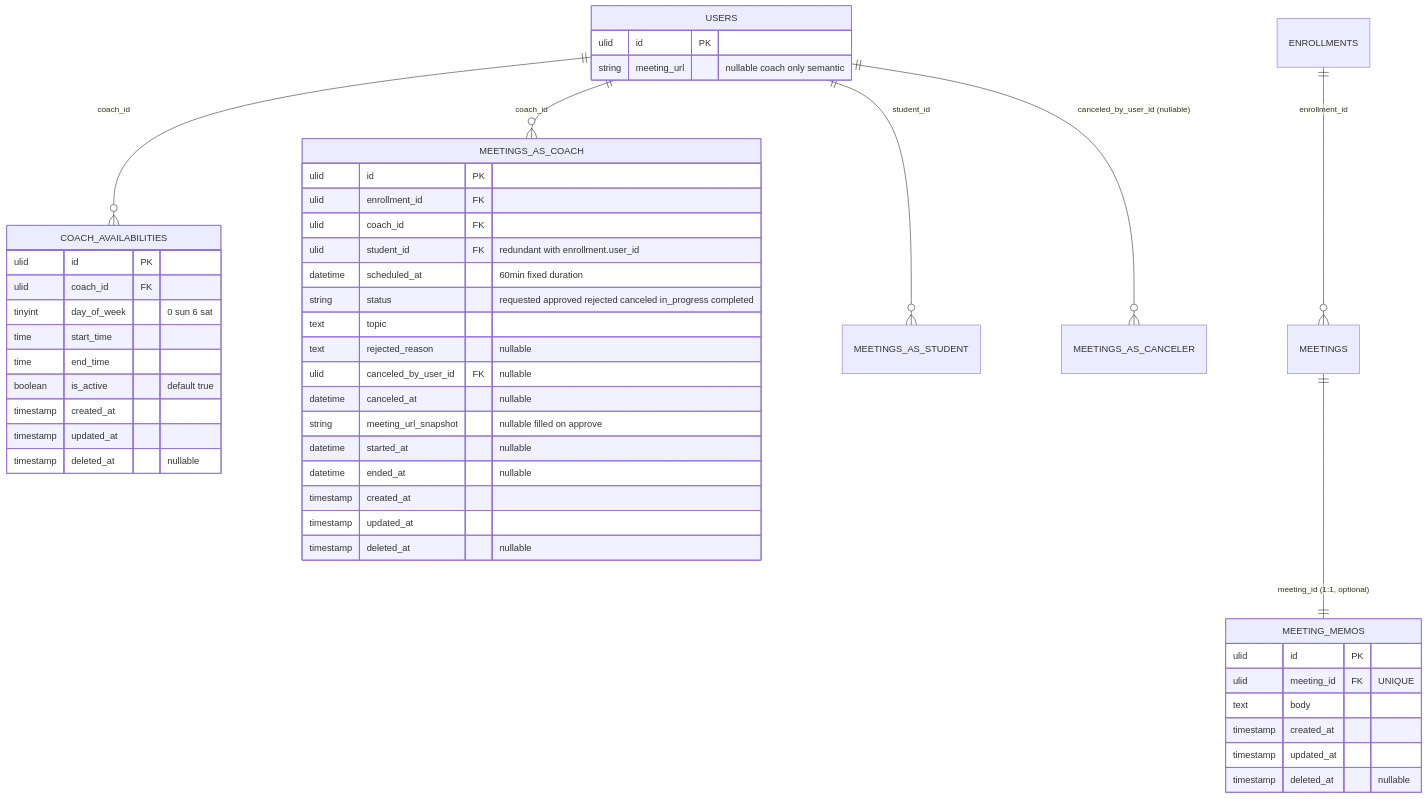
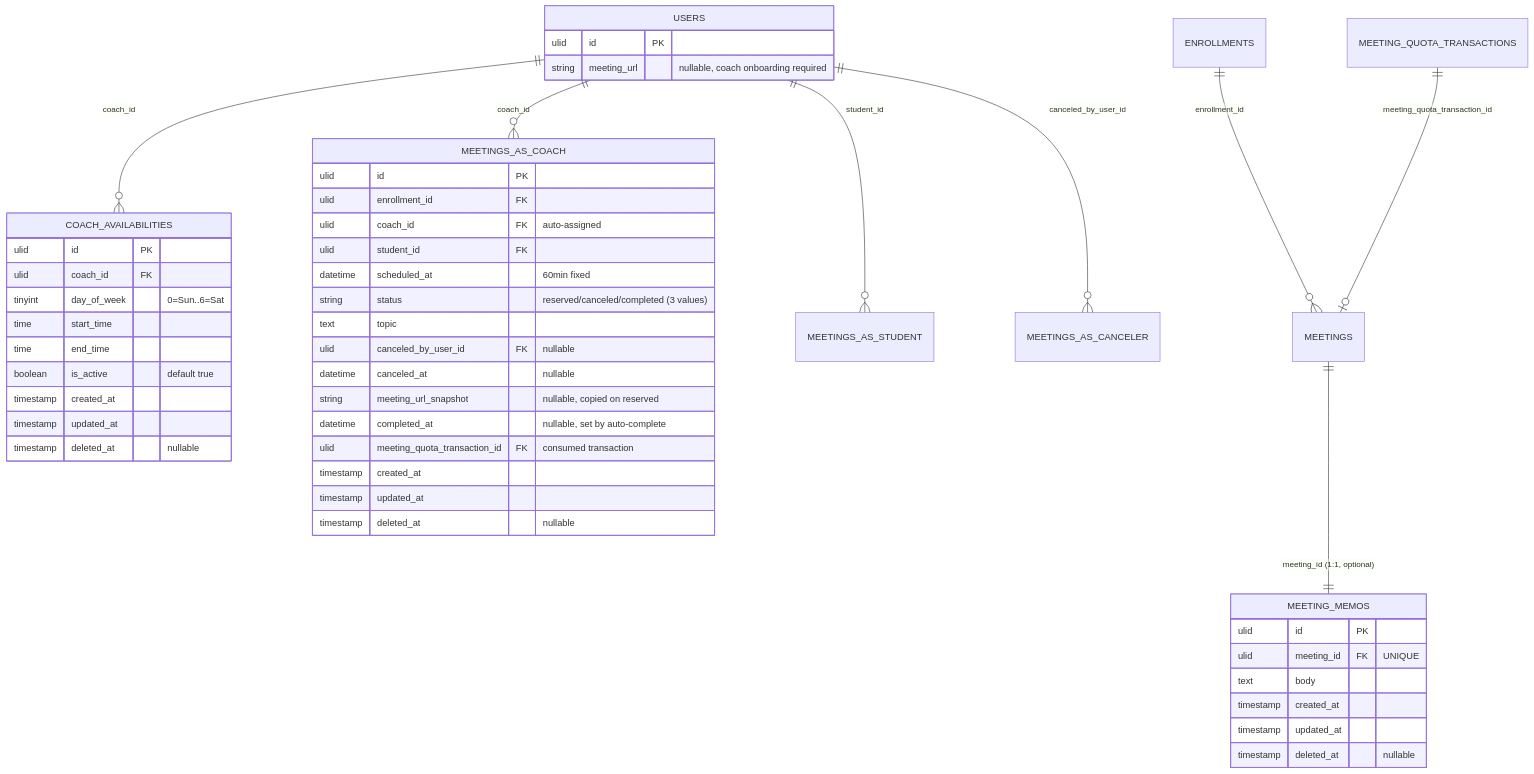
The fourth of 5 diagrams in docs/specs/mentoring/design.md (coachtech-mockcase-second/ExampleAnswer-mockcase-CertifyLMS), drawn with Mermaid before and after one commit. The commit also changed other lines of this file and 67 other files, not shown here.

````diff
--- a/docs/specs/mentoring/design.md
+++ b/docs/specs/mentoring/design.md
@@ -132,51 +123,51 @@
 ```mermaid
 erDiagram
     USERS ||--o{ COACH_AVAILABILITIES : "coach_id"
     USERS ||--o{ MEETINGS_AS_COACH : "coach_id"
     USERS ||--o{ MEETINGS_AS_STUDENT : "student_id"
-    USERS ||--o{ MEETINGS_AS_CANCELER : "canceled_by_user_id (nullable)"
+    USERS ||--o{ MEETINGS_AS_CANCELER : "canceled_by_user_id"
     ENROLLMENTS ||--o{ MEETINGS : "enrollment_id"
     MEETINGS ||--|| MEETING_MEMOS : "meeting_id (1:1, optional)"
+    MEETING_QUOTA_TRANSACTIONS ||--o| MEETINGS : "meeting_quota_transaction_id"
 
     USERS {
         ulid id PK
-        string meeting_url "nullable coach only semantic"
+        string meeting_url "nullable, coach onboarding required"
     }
     COACH_AVAILABILITIES {
         ulid id PK
         ulid coach_id FK
-        tinyint day_of_week "0 sun 6 sat"
+        tinyint day_of_week "0=Sun..6=Sat"
         time start_time
         time end_time
         boolean is_active "default true"
         timestamp created_at
         timestamp updated_at
         timestamp deleted_at "nullable"
     }
     MEETINGS_AS_COACH {
         ulid id PK
         ulid enrollment_id FK
-        ulid coach_id FK
-        ulid student_id FK "redundant with enrollment.user_id"
-        datetime scheduled_at "60min fixed duration"
-        string status "requested approved rejected canceled in_progress completed"
+        ulid coach_id FK "auto-assigned"
+        ulid student_id FK
+        datetime scheduled_at "60min fixed"
+        string status "reserved/canceled/completed (3 values)"
         text topic
-        text rejected_reason "nullable"
         ulid canceled_by_user_id FK "nullable"
         datetime canceled_at "nullable"
-        string meeting_url_snapshot "nullable filled on approve"
-        datetime started_at "nullable"
-        datetime ended_at "nullable"
+        string meeting_url_snapshot "nullable, copied on reserved"
+        datetime completed_at "nullable, set by auto-complete"
+        ulid meeting_quota_transaction_id FK "consumed transaction"
         timestamp created_at
         timestamp updated_at
         timestamp deleted_at "nullable"
     }
     MEETING_MEMOS {
         ulid id PK
         ulid meeting_id FK "UNIQUE"
         text body
         timestamp created_at
         timestamp updated_at
         timestamp deleted_at "nullable"
     }
 ```
````
